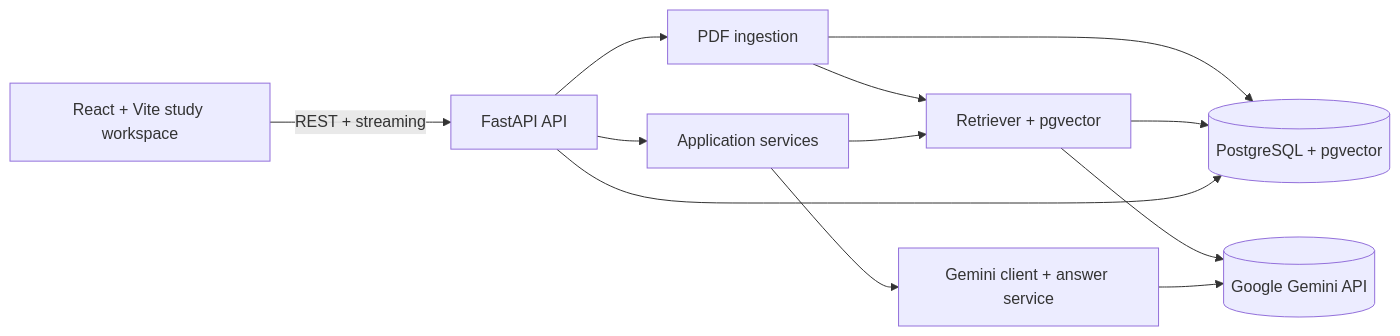
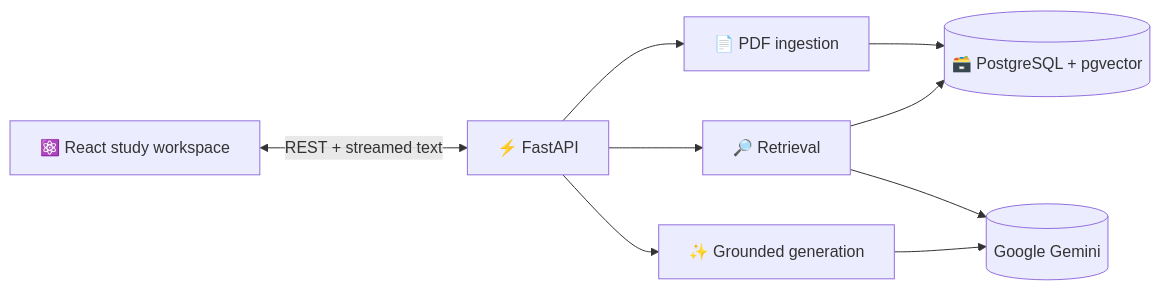
One commit to atharv-lalage/NoteBot changed the diagram in Readme.md. Above: the diagram before and after it, drawn with Mermaid. The commit also changed other lines of this file, not shown here.

````diff
--- a/Readme.md
+++ b/Readme.md
@@ -87,23 +64,17 @@
 ```mermaid
 flowchart LR
-    Browser[React + Vite study workspace]
-    API[FastAPI API]
-    Services[Application services]
-    Ingestion[PDF ingestion]
-    Retrieval[Retriever + pgvector]
-    Generation[Gemini client + answer service]
-    DB[(PostgreSQL + pgvector)]
-    Gemini[(Google Gemini API)]
+    UI["⚛️ React study workspace"]
+    API["⚡ FastAPI"]
+    INGEST["📄 PDF ingestion"]
+    RETRIEVE["🔎 Retrieval"]
+    GEN["✨ Grounded generation"]
+    DB[("🗃️ PostgreSQL + pgvector")]
+    GEMINI[("Google Gemini")]
 
-    Browser -->|REST + streaming| API
-    API --> Services
-    API --> Ingestion
-    Ingestion --> DB
-    Ingestion --> Retrieval
-    Services --> Retrieval
-    Services --> Generation
-    Retrieval --> DB
-    Retrieval --> Gemini
-    Generation --> Gemini
-    API --> DB
+    UI <-->|REST + streamed text| API
+    API --> INGEST --> DB
+    API --> RETRIEVE --> DB
+    API --> GEN
+    RETRIEVE --> GEMINI
+    GEN --> GEMINI
 ```
````
